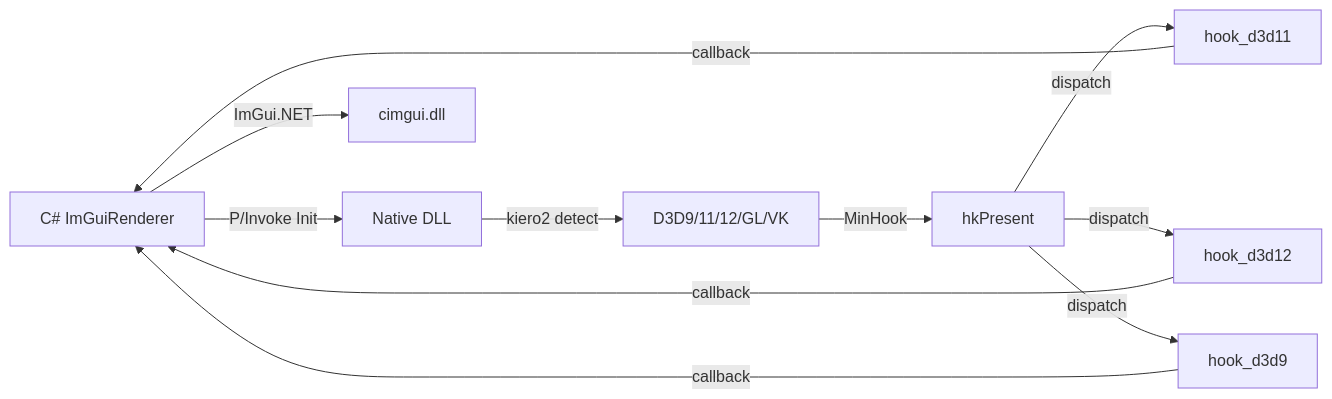
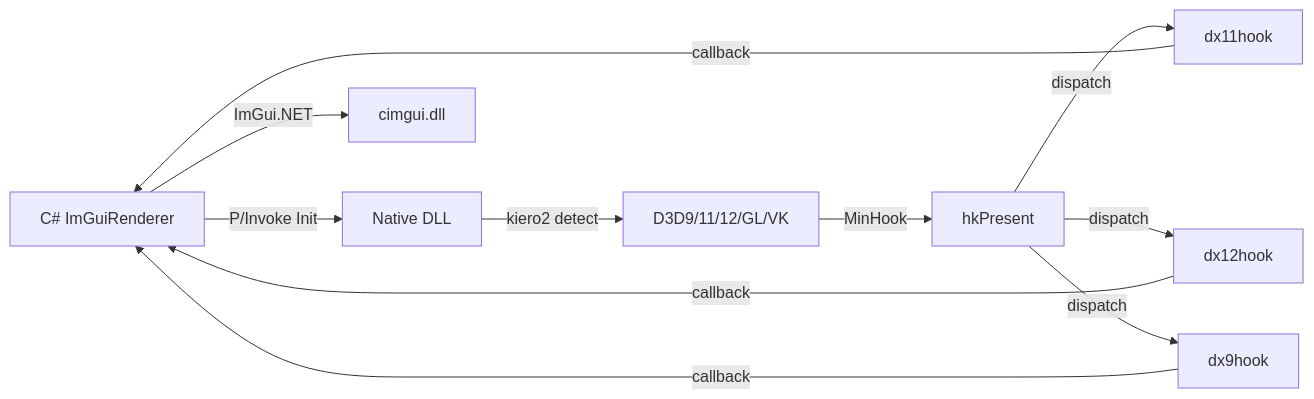
One commit to StArraySharp/StArray.ModManager changed the diagram in README.md. Above: the diagram before and after it, drawn with Mermaid. The commit also changed other lines of this file and 2 other files, not shown here.

````diff
--- a/README.md
+++ b/README.md
@@ -156,11 +178,11 @@
 ```mermaid
 flowchart LR
     CSharp[C# ImGuiRenderer] -->|P/Invoke Init| Native[Native DLL]
     Native -->|kiero2 detect| API[D3D9/11/12/GL/VK]
     API -->|MinHook| Present[hkPresent]
-    Present -->|dispatch| D3D11[hook_d3d11]
-    Present -->|dispatch| D3D12[hook_d3d12]
-    Present -->|dispatch| D3D9[hook_d3d9]
+    Present -->|dispatch| D3D11[dx11hook]
+    Present -->|dispatch| D3D12[dx12hook]
+    Present -->|dispatch| D3D9[dx9hook]
     D3D11 & D3D12 & D3D9 -->|callback| CSharp
     CSharp -->|ImGui.NET| cimgui[cimgui.dll]
 ```
````
